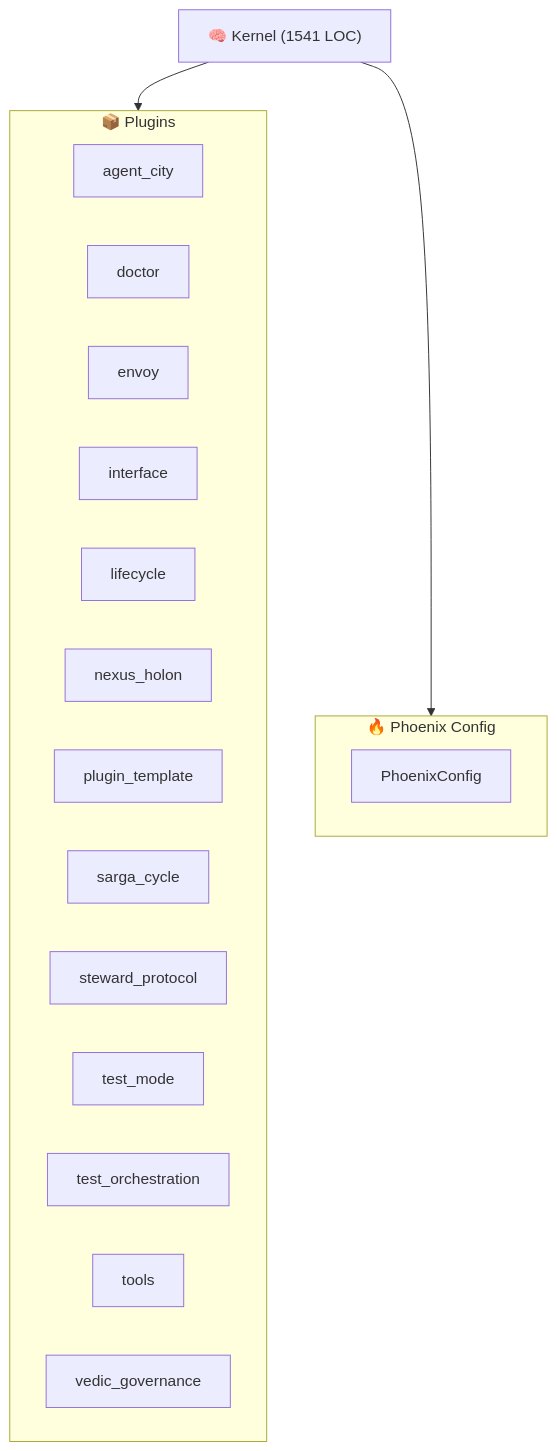
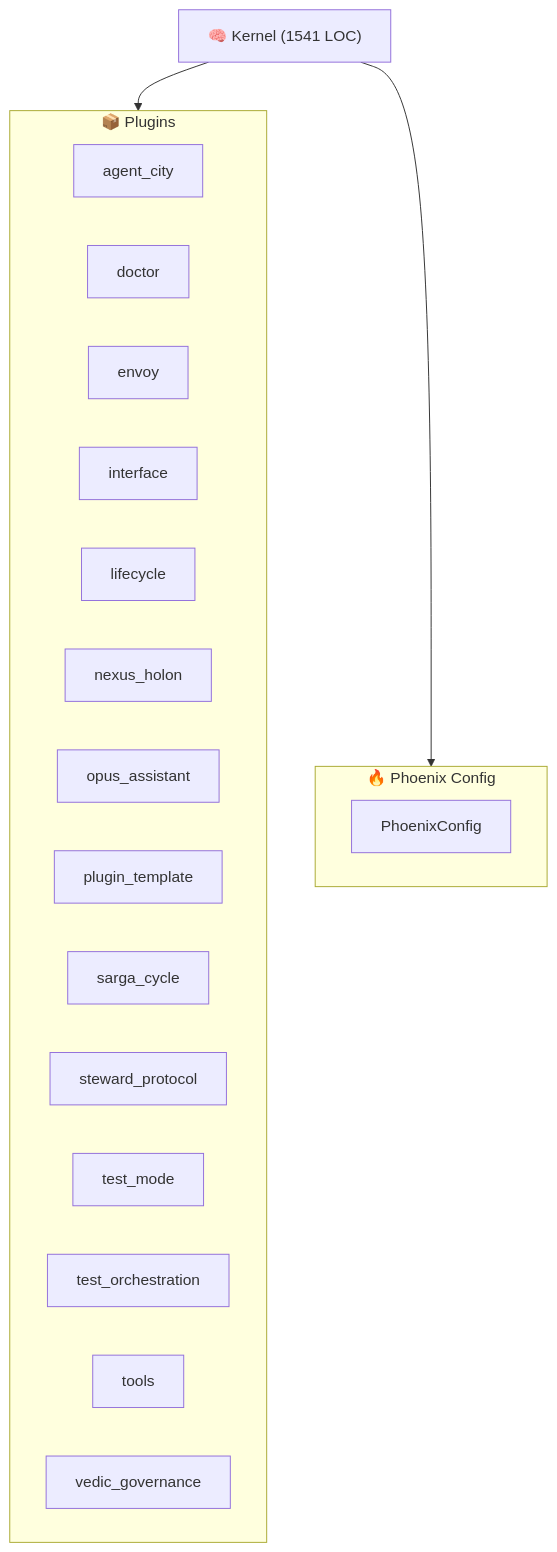
The diagram in ARCHITECTURE.md (kimeisele/steward-protocol), drawn with Mermaid before and after one commit. The commit also changed other lines of this file and 15 other files, not shown here.

````diff
--- a/ARCHITECTURE.md
+++ b/ARCHITECTURE.md
@@ -8,24 +8,25 @@
 ```mermaid
 graph TB
     K["🧠 Kernel (1541 LOC)"]
     subgraph Plugins["📦 Plugins"]
         P_agent_city["agent_city"]
         P_doctor["doctor"]
         P_envoy["envoy"]
         P_interface["interface"]
         P_lifecycle["lifecycle"]
         P_nexus_holon["nexus_holon"]
+        P_opus_assistant["opus_assistant"]
         P_plugin_template["plugin_template"]
         P_sarga_cycle["sarga_cycle"]
         P_steward_protocol["steward_protocol"]
         P_test_mode["test_mode"]
         P_test_orchestration["test_orchestration"]
         P_tools["tools"]
         P_vedic_governance["vedic_governance"]
     end
     K --> Plugins
     subgraph Config["🔥 Phoenix Config"]
         PC[PhoenixConfig]
     end
     K --> Config
 ```
````
